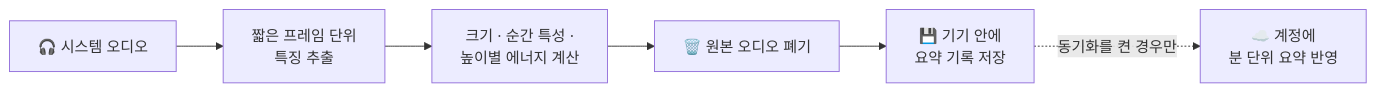
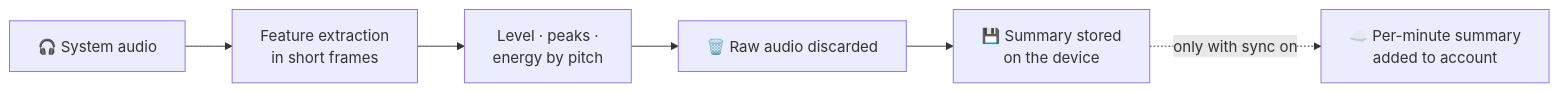
Before and after one commit to strongjun15/SafeEar: the diagram in README.md, drawn with Mermaid. The commit also changed other lines of this file and 1 other file, not shown here.

````diff
--- a/README.md
+++ b/README.md
@@ -115,8 +117,8 @@
 ```mermaid
 flowchart LR
-    A["🎧 시스템 오디오"] --> B["짧은 프레임 단위<br/>특징 추출"]
-    B --> C["크기 · 순간 특성 ·<br/>높이별 에너지 계산"]
-    C --> D["🗑️ 원본 오디오 폐기"]
-    D --> E["💾 기기 안에<br/>요약 기록 저장"]
-    E -. "동기화를 켠 경우만" .-> F["☁️ 계정에<br/>분 단위 요약 반영"]
+    A["🎧 System audio"] --> B["Feature extraction<br/>in short frames"]
+    B --> C["Level · peaks ·<br/>energy by pitch"]
+    C --> D["🗑️ Raw audio discarded"]
+    D --> E["💾 Summary stored<br/>on the device"]
+    E -. "only with sync on" .-> F["☁️ Per-minute summary<br/>added to account"]
 ```
````
